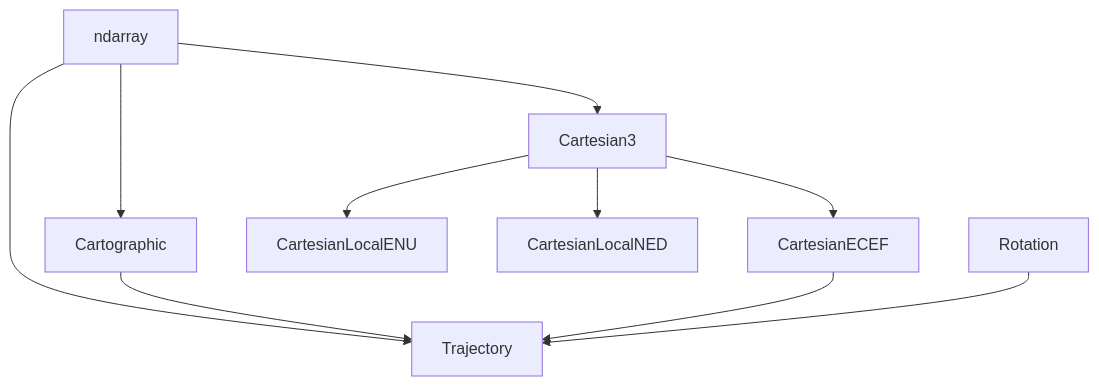
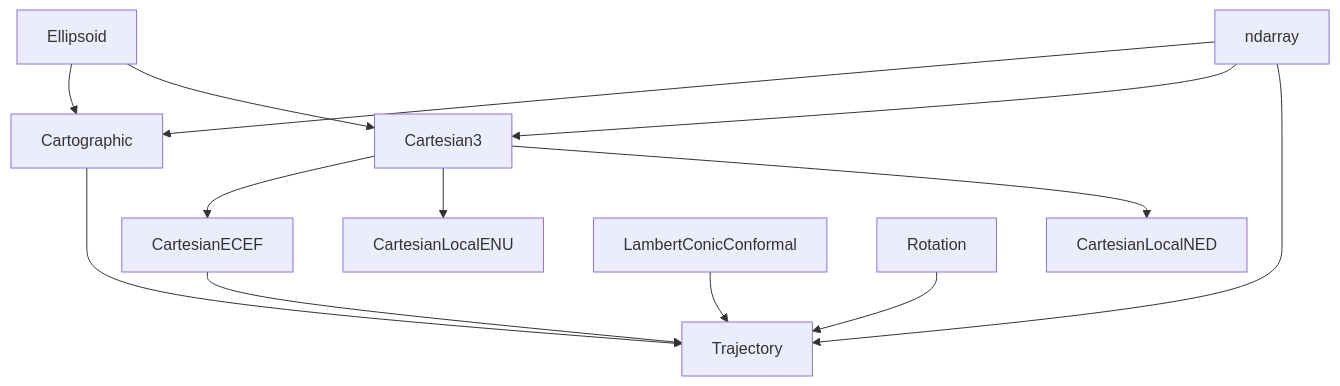
The diagram in README.md (oleveque/sargeom), drawn with Mermaid before and after one commit.

Commit message:
Add dependency relationships for Ellipsoid and LambertConicConformal in README.md

````diff
--- a/README.md
+++ b/README.md
@@ -56,12 +56,15 @@
 ```mermaid
 graph TD
+    Ellipsoid --> Cartographic
+    Ellipsoid --> Cartesian3
     ndarray --> Cartographic
     ndarray --> Cartesian3
     Cartesian3 --> CartesianECEF
     Cartesian3 --> CartesianLocalENU
     Cartesian3 --> CartesianLocalNED
     ndarray --> Trajectory
+    LambertConicConformal --> Trajectory
     Cartographic --> Trajectory
     CartesianECEF --> Trajectory
     Rotation --> Trajectory
 ```
````
